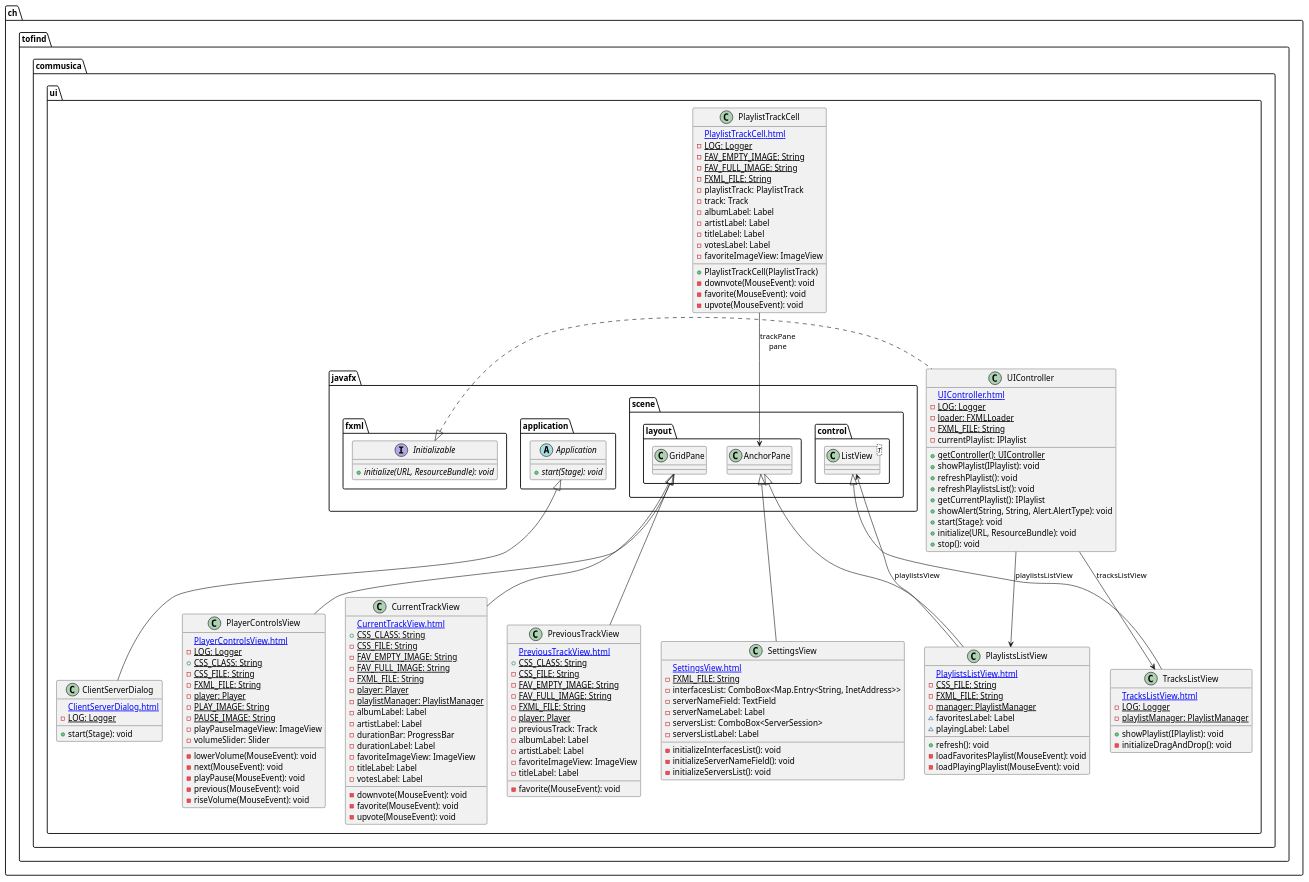
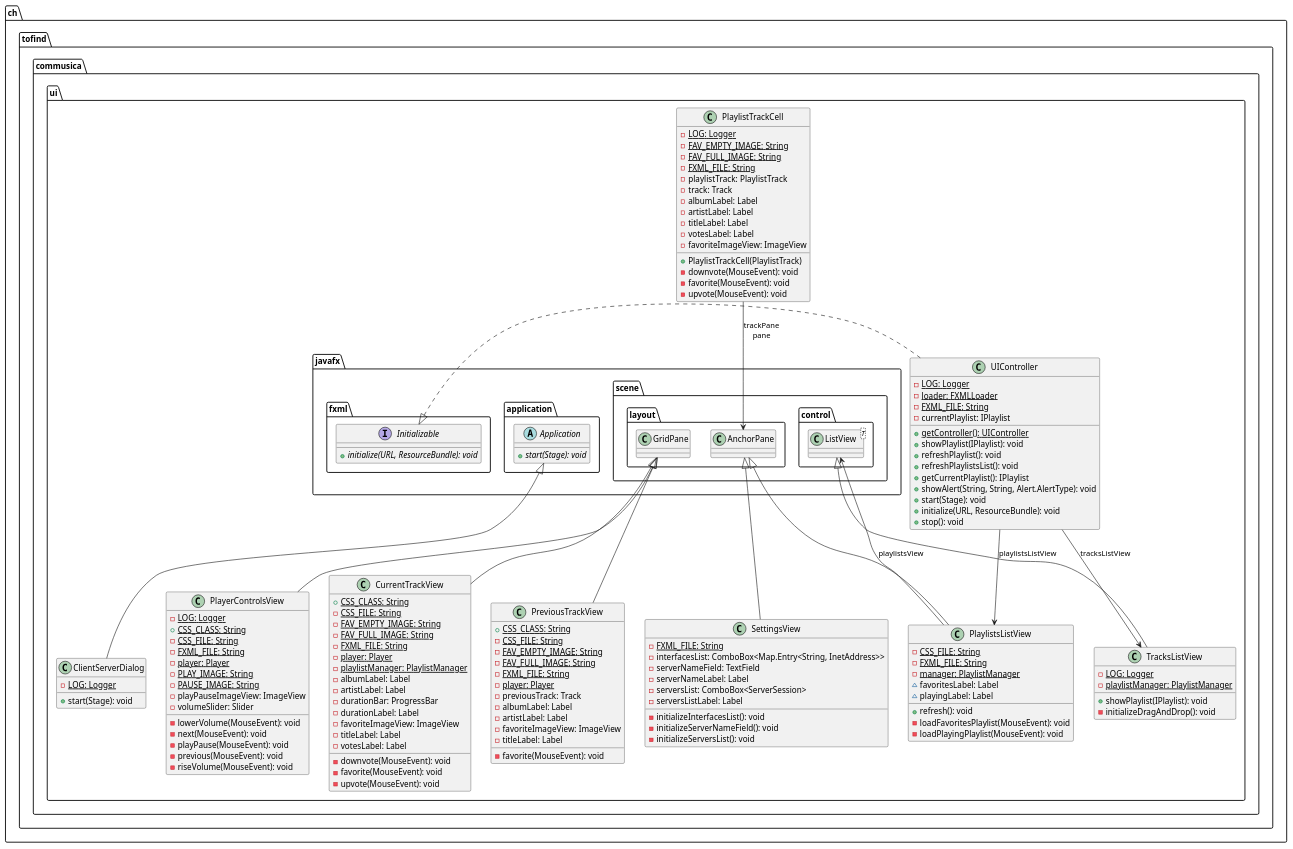
Before and after one commit to heig-vd-pro2017/projet: the diagram in doc/PRO/UML/ui.puml, drawn with PlantUML. The commit also changed 8 other files, not shown here.

```diff
--- a/doc/PRO/UML/ui.puml
+++ b/doc/PRO/UML/ui.puml
@@ -1,170 +1,161 @@
 @startuml
 
     namespace ch.tofind.commusica.ui {
 
         class PreviousTrackView {
-            [[PreviousTrackView.html]]
             {static} +CSS_CLASS: String
             {static} -CSS_FILE: String
             {static} -FAV_EMPTY_IMAGE: String
             {static} -FAV_FULL_IMAGE: String
             {static} -FXML_FILE: String
             {static} -player: Player
             -previousTrack: Track
             -albumLabel: Label
             -artistLabel: Label
             -favoriteImageView: ImageView
             -titleLabel: Label
             -favorite(MouseEvent): void
         }
 
         class ClientServerDialog {
-            [[ClientServerDialog.html]]
             {static} -LOG: Logger
             +start(Stage): void
         }
 
         class PlaylistsListView {
-            [[PlaylistsListView.html]]
             {static} -CSS_FILE: String
             {static} -FXML_FILE: String
             {static} -manager: PlaylistManager
             ~favoritesLabel: Label
             ~playingLabel: Label
             +refresh(): void
             -loadFavoritesPlaylist(MouseEvent): void
             -loadPlayingPlaylist(MouseEvent): void
         }
 
         class CurrentTrackView {
-            [[CurrentTrackView.html]]
             {static} +CSS_CLASS: String
             {static} -CSS_FILE: String
             {static} -FAV_EMPTY_IMAGE: String
             {static} -FAV_FULL_IMAGE: String
             {static} -FXML_FILE: String
             {static} -player: Player
             {static} -playlistManager: PlaylistManager
             -albumLabel: Label
             -artistLabel: Label
             -durationBar: ProgressBar
             -durationLabel: Label
             -favoriteImageView: ImageView
             -titleLabel: Label
             -votesLabel: Label
             -downvote(MouseEvent): void
             -favorite(MouseEvent): void
             -upvote(MouseEvent): void
         }
 
         class SettingsView {
-            [[SettingsView.html]]
             {static} -FXML_FILE: String
             -interfacesList: ComboBox<Map.Entry<String, InetAddress>>
             -serverNameField: TextField
             -serverNameLabel: Label
             -serversList: ComboBox<ServerSession>
             -serversListLabel: Label
             -initializeInterfacesList(): void
             -initializeServerNameField(): void
             -initializeServersList(): void
         }
 
         class UIController {
-            [[UIController.html]]
             {static} -LOG: Logger
             {static} -loader: FXMLLoader
             {static} -FXML_FILE: String
             -currentPlaylist: IPlaylist
             {static} +getController(): UIController
             +showPlaylist(IPlaylist): void
             +refreshPlaylist(): void
             +refreshPlaylistsList(): void
             +getCurrentPlaylist(): IPlaylist
             +showAlert(String, String, Alert.AlertType): void
             +start(Stage): void
             +initialize(URL, ResourceBundle): void
             +stop(): void
         }
 
         class PlaylistTrackCell {
-            [[PlaylistTrackCell.html]]
             {static} -LOG: Logger
             {static} -FAV_EMPTY_IMAGE: String
             {static} -FAV_FULL_IMAGE: String
             {static} -FXML_FILE: String
             -playlistTrack: PlaylistTrack
             -track: Track
             -albumLabel: Label
             -artistLabel: Label
             -titleLabel: Label
             -votesLabel: Label
             -favoriteImageView: ImageView
             +PlaylistTrackCell(PlaylistTrack)
             -downvote(MouseEvent): void
             -favorite(MouseEvent): void
             -upvote(MouseEvent): void
         }
 
         class PlayerControlsView {
-            [[PlayerControlsView.html]]
             {static} -LOG: Logger
             {static} +CSS_CLASS: String
             {static} -CSS_FILE: String
             {static} -FXML_FILE: String
             {static} -player: Player
             {static} -PLAY_IMAGE: String
             {static} -PAUSE_IMAGE: String
             -playPauseImageView: ImageView
             -volumeSlider: Slider
             -lowerVolume(MouseEvent): void
             -next(MouseEvent): void
             -playPause(MouseEvent): void
             -previous(MouseEvent): void
             -riseVolume(MouseEvent): void
         }
 
         class TracksListView {
-            [[TracksListView.html]]
             {static} -LOG: Logger
             {static} -playlistManager: PlaylistManager
             +showPlaylist(IPlaylist): void
             -initializeDragAndDrop(): void
         }
 
         class javafx.scene.layout.GridPane
         javafx.scene.layout.GridPane <|-- PreviousTrackView
 
         abstract class javafx.application.Application {
             {abstract} +start(Stage): void
         }
         javafx.application.Application <|-- ClientServerDialog
 
         class javafx.scene.layout.AnchorPane
         javafx.scene.layout.AnchorPane <|-- PlaylistsListView
 
         javafx.scene.layout.GridPane <|-- CurrentTrackView
 
         javafx.scene.layout.AnchorPane <|-- SettingsView
 
         interface javafx.fxml.Initializable {
             {abstract} +initialize(URL, ResourceBundle): void
         }
         javafx.fxml.Initializable <|.. UIController
 
         javafx.scene.layout.GridPane <|-- PlayerControlsView
 
         class javafx.scene.control.ListView<T>
         javafx.scene.control.ListView <|-- TracksListView
 
         PlaylistsListView --> javafx.scene.control.ListView: playlistsView
 
         UIController --> PlaylistsListView: playlistsListView
 
         UIController --> TracksListView: tracksListView
 
         PlaylistTrackCell --> javafx.scene.layout.AnchorPane: trackPane\npane
 
     }
 
 @enduml
```
